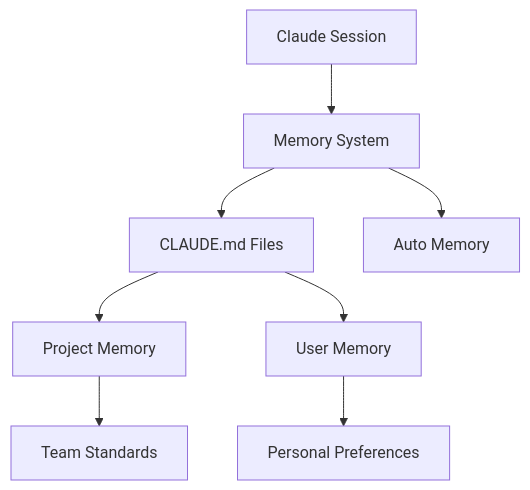
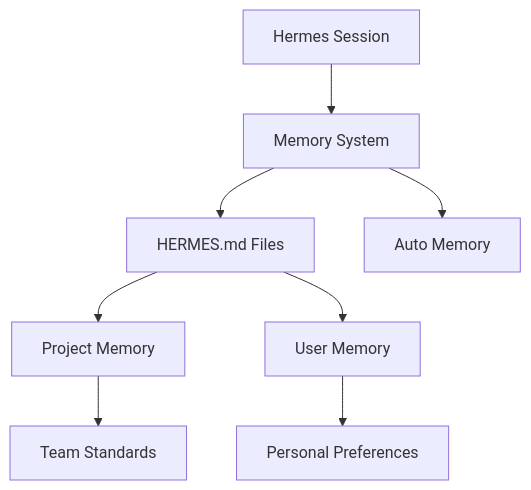
Before and after one commit to 1234567mm/hermes-howto: the diagram in 02-memory/README.md, drawn with Mermaid. The commit also changed other lines of this file and 57 other files, not shown here.

````diff
--- a/02-memory/README.md
+++ b/02-memory/README.md
@@ -35,10 +35,10 @@
 ```mermaid
 graph TB
-    A[Claude Session] --> B[Memory System]
-    B --> C[CLAUDE.md Files]
+    A[Hermes Session] --> B[Memory System]
+    B --> C[HERMES.md Files]
     B --> D[Auto Memory]
     C --> E[Project Memory]
     C --> F[User Memory]
     E --> G[Team Standards]
     F --> H[Personal Preferences]
 ```
````
